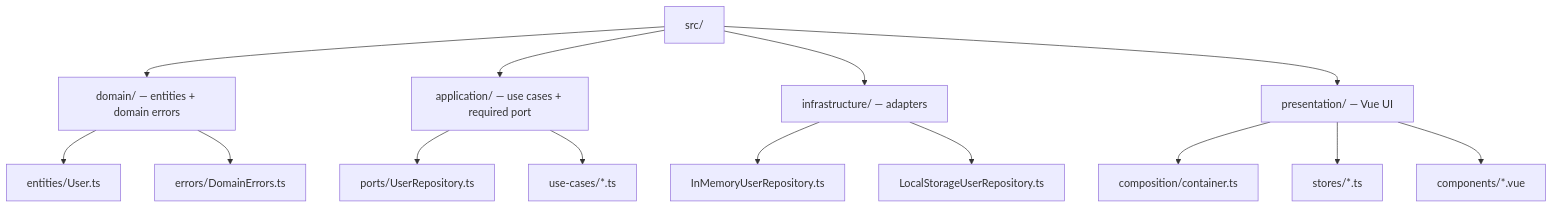
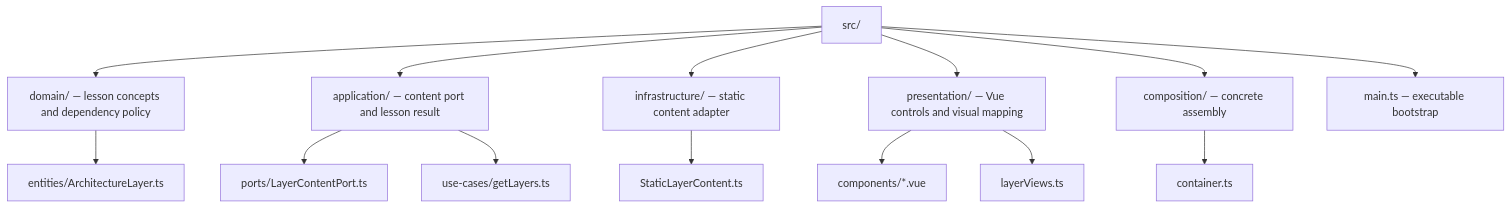
The diagram in demo/README.md (AndresTaoFlorez/software-architecture), drawn with Mermaid before and after one commit. The commit also changed other lines of this file and 12 other files, not shown here.

````diff
--- a/demo/README.md
+++ b/demo/README.md
@@ -17,16 +13,16 @@
 ```mermaid
 flowchart TD
-    SRC["src/"] --> D["domain/ — entities + domain errors"]
-    D --> DU["entities/User.ts"]
-    D --> DE["errors/DomainErrors.ts"]
-    SRC --> A["application/ — use cases + required port"]
-    A --> AP["ports/UserRepository.ts"]
-    A --> AU["use-cases/*.ts"]
-    SRC --> I["infrastructure/ — adapters"]
-    I --> IM["InMemoryUserRepository.ts"]
-    I --> IL["LocalStorageUserRepository.ts"]
-    SRC --> P["presentation/ — Vue UI"]
-    P --> PC["composition/container.ts"]
-    P --> PS["stores/*.ts"]
+    SRC["src/"] --> D["domain/ — lesson concepts and dependency policy"]
+    D --> DL["entities/ArchitectureLayer.ts"]
+    SRC --> A["application/ — content port and lesson result"]
+    A --> AP["ports/LayerContentPort.ts"]
+    A --> AU["use-cases/getLayers.ts"]
+    SRC --> I["infrastructure/ — static content adapter"]
+    I --> IC["StaticLayerContent.ts"]
+    SRC --> P["presentation/ — Vue controls and visual mapping"]
     P --> PV["components/*.vue"]
+    P --> PM["layerViews.ts"]
+    SRC --> C["composition/ — concrete assembly"]
+    C --> BOOT["container.ts"]
+    SRC --> MAIN["main.ts — executable bootstrap"]
 ```
````
